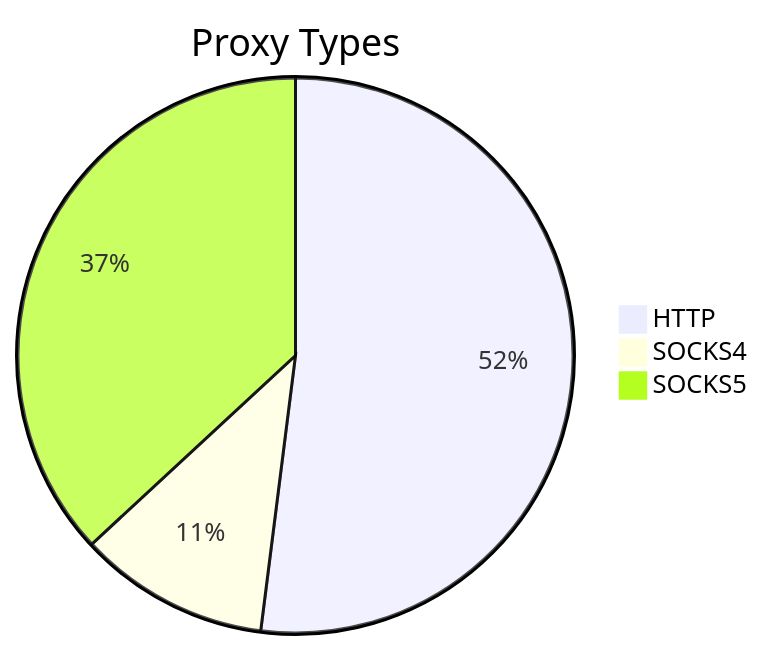
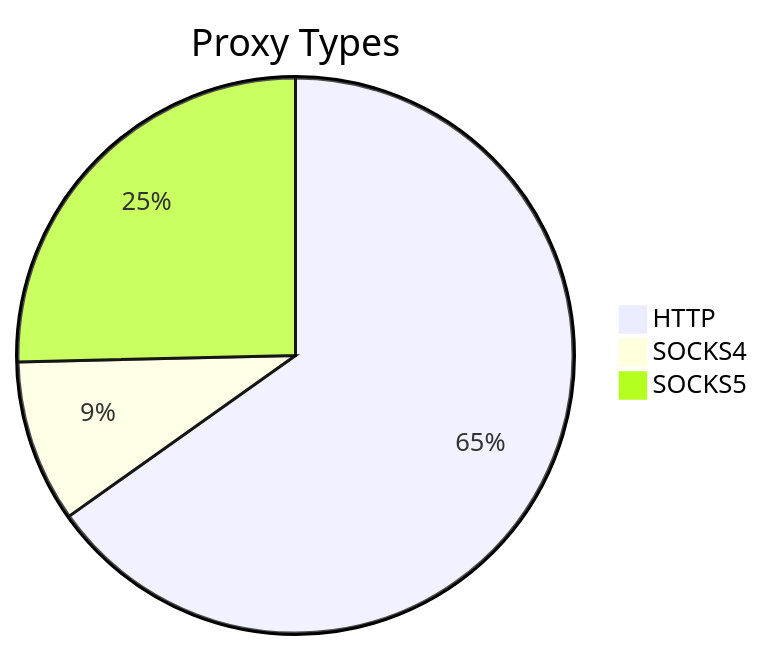
One commit to stormsia/proxy-list changed the first of 2 diagrams in README.md. Above: the diagram before and after it, drawn with Mermaid. The commit also changed other lines of this file, not shown here.

````diff
--- a/README.md
+++ b/README.md
@@ -21,6 +21,6 @@
 ```mermaid
 pie title Proxy Types
-    "HTTP" : 117
-    "SOCKS4" : 25
-    "SOCKS5" : 83
+    "HTTP" : 131
+    "SOCKS4" : 19
+    "SOCKS5" : 51
 ```
````
